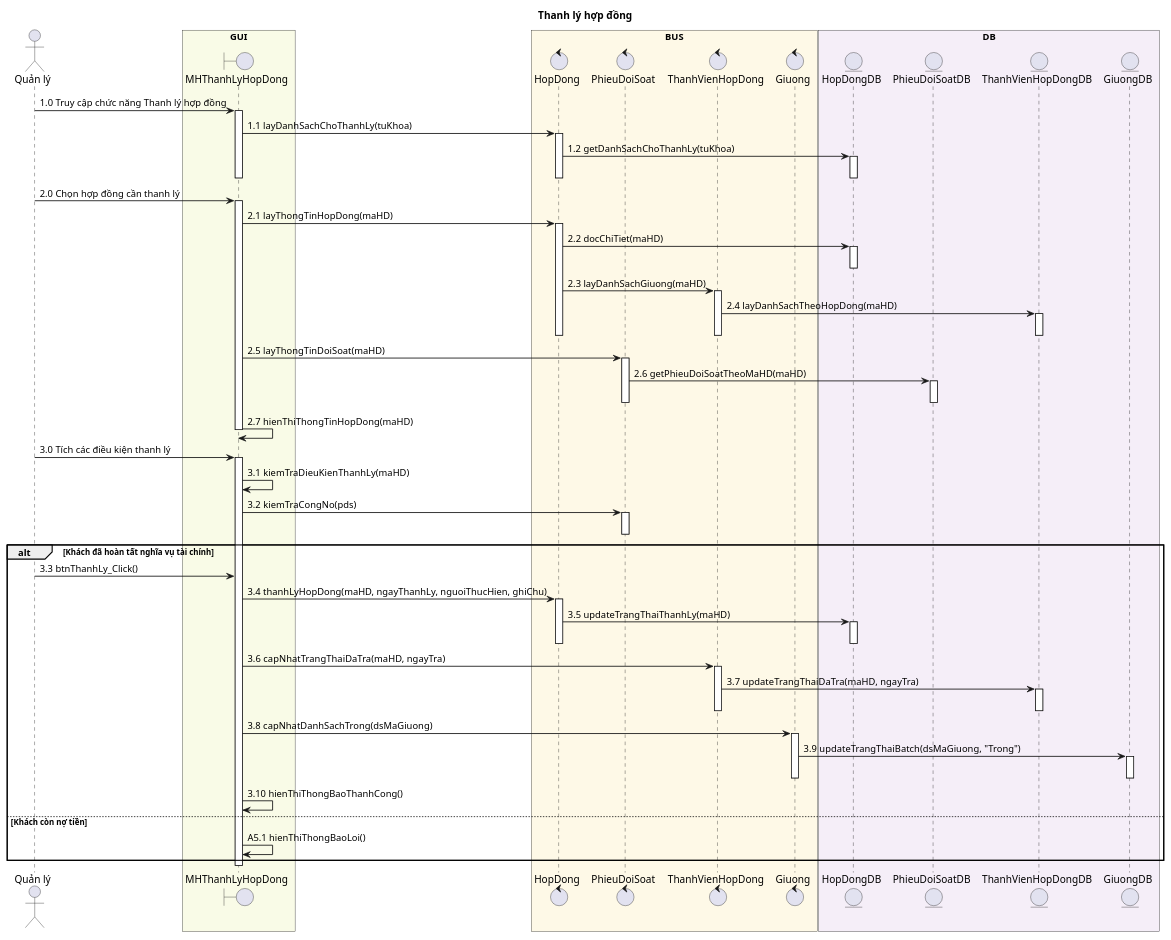
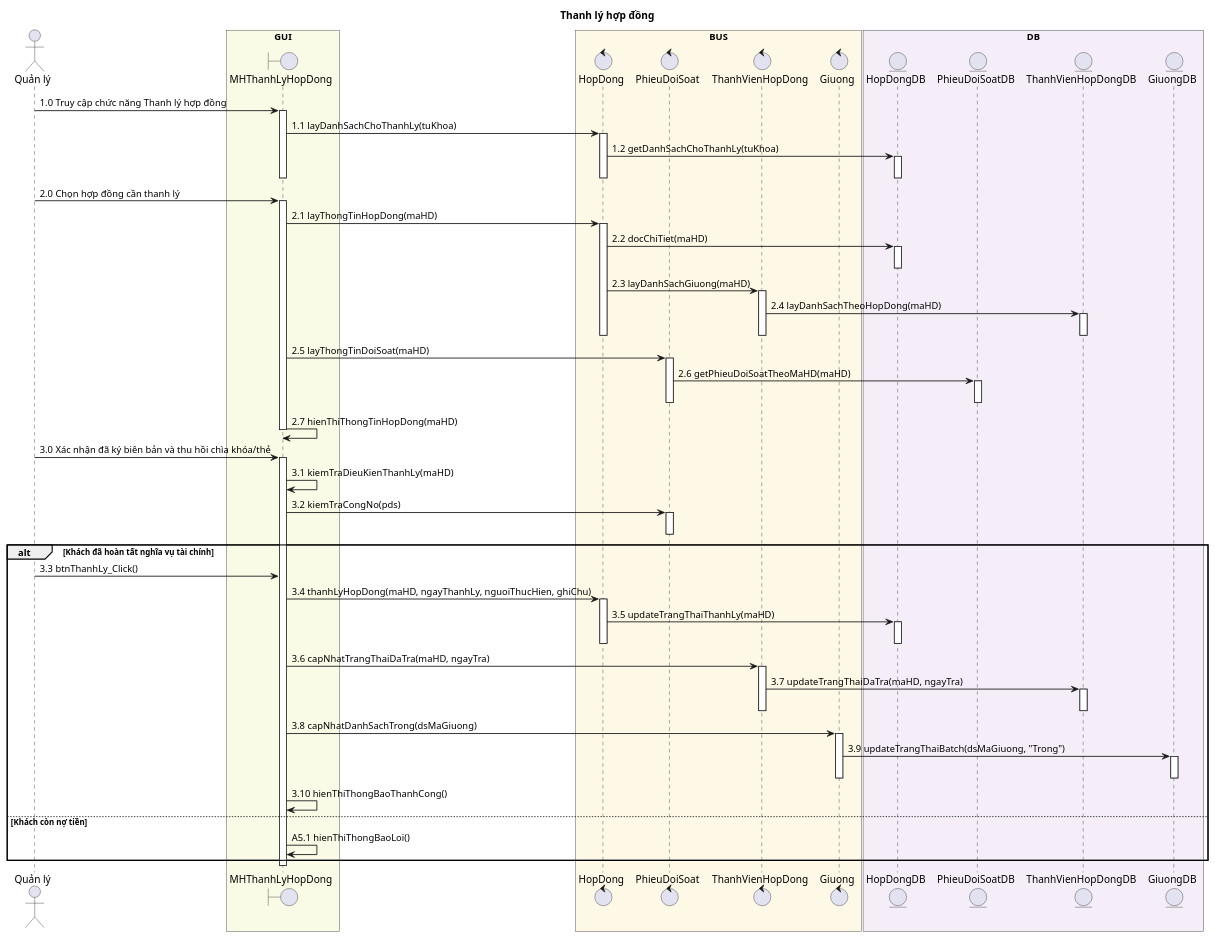
Before and after one commit to Ming1309/HomeStay-Dorm: the diagram in docs/uml/thanh-ly-hop-dong-sequence.puml, drawn with PlantUML. The commit also changed 6 other files, not shown here.

```diff
--- a/docs/uml/thanh-ly-hop-dong-sequence.puml
+++ b/docs/uml/thanh-ly-hop-dong-sequence.puml
@@ -1,159 +1,159 @@
 @startuml ThanhLyHopDong_Sequence
 
 skinparam sequenceArrowThickness 1.2
 skinparam shadowing false
 skinparam sequenceMessageAlign left
 
 title Thanh lý hợp đồng
 
 actor "Quản lý" as QL
 
 box "GUI" #F9FBE7
 boundary "MHThanhLyHopDong" as MH
 end box
 
 box "BUS" #FEF9E7
 control "HopDong" as HD
 control "PhieuDoiSoat" as PDS
 control "ThanhVienHopDong" as TV
 control "Giuong" as GI
 end box
 
 box "DB" #F5EEF8
 entity "HopDongDB" as HDDB
 entity "PhieuDoiSoatDB" as PDSDB
 entity "ThanhVienHopDongDB" as TVDB
 entity "GiuongDB" as GIDB
 end box
 
 '=========================
 ' TẢI DANH SÁCH HỢP ĐỒNG
 '=========================
 
 QL -> MH : 1.0 Truy cập chức năng Thanh lý hợp đồng
 
 activate MH
 
 MH -> HD : 1.1 layDanhSachChoThanhLy(tuKhoa)
 
 activate HD
 
 HD -> HDDB : 1.2 getDanhSachChoThanhLy(tuKhoa)
 
 activate HDDB
 deactivate HDDB
 
 deactivate HD
 deactivate MH
 
 '=========================
 ' XEM CHI TIẾT HỢP ĐỒNG
 '=========================
 
 QL -> MH : 2.0 Chọn hợp đồng cần thanh lý
 
 activate MH
 
 MH -> HD : 2.1 layThongTinHopDong(maHD)
 
 activate HD
 
 HD -> HDDB : 2.2 docChiTiet(maHD)
 
 activate HDDB
 deactivate HDDB
 
 HD -> TV : 2.3 layDanhSachGiuong(maHD)
 
 activate TV
 
 TV -> TVDB : 2.4 layDanhSachTheoHopDong(maHD)
 
 activate TVDB
 deactivate TVDB
 
 deactivate TV
 
 deactivate HD
 
 MH -> PDS : 2.5 layThongTinDoiSoat(maHD)
 
 activate PDS
 
 PDS -> PDSDB : 2.6 getPhieuDoiSoatTheoMaHD(maHD)
 
 activate PDSDB
 deactivate PDSDB
 
 deactivate PDS
 
 MH -> MH : 2.7 hienThiThongTinHopDong(maHD)
 
 deactivate MH
 
 '=========================
 ' KIỂM TRA ĐIỀU KIỆN + THANH LÝ
 '=========================
 
-QL -> MH : 3.0 Tích các điều kiện thanh lý
+QL -> MH : 3.0 Xác nhận đã ký biên bản và thu hồi chìa khóa/thẻ
 
 activate MH
 
 MH -> MH : 3.1 kiemTraDieuKienThanhLy(maHD)
 
 MH -> PDS : 3.2 kiemTraCongNo(pds)
 
 activate PDS
 
 alt Khách đã hoàn tất nghĩa vụ tài chính
 
 deactivate PDS
 
 QL -> MH : 3.3 btnThanhLy_Click()
 
 MH -> HD : 3.4 thanhLyHopDong(maHD, ngayThanhLy, nguoiThucHien, ghiChu)
 
 activate HD
 
 HD -> HDDB : 3.5 updateTrangThaiThanhLy(maHD)
 
 activate HDDB
 deactivate HDDB
 
 deactivate HD
 
 MH -> TV : 3.6 capNhatTrangThaiDaTra(maHD, ngayTra)
 
 activate TV
 
 TV -> TVDB : 3.7 updateTrangThaiDaTra(maHD, ngayTra)
 
 activate TVDB
 deactivate TVDB
 
 deactivate TV
 
 MH -> GI : 3.8 capNhatDanhSachTrong(dsMaGiuong)
 
 activate GI
 
 GI -> GIDB : 3.9 updateTrangThaiBatch(dsMaGiuong, "Trong")
 
 activate GIDB
 deactivate GIDB
 
 deactivate GI
 
 MH -> MH : 3.10 hienThiThongBaoThanhCong()
 
 else Khách còn nợ tiền
 
 deactivate PDS
 
 MH -> MH : A5.1 hienThiThongBaoLoi()
 
 end
 
 deactivate MH
 
 @enduml
```
